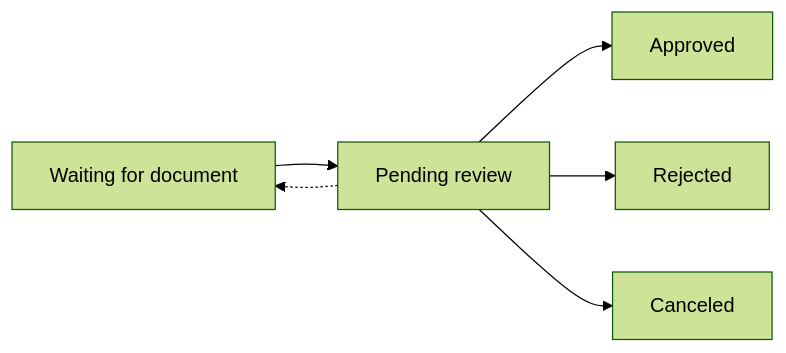
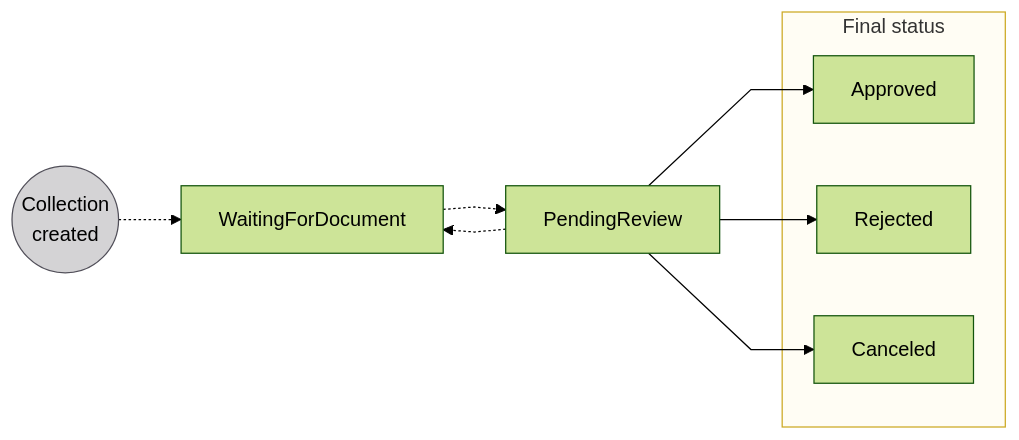
Before and after one commit to swan-io/docs: the first of 2 diagrams in docs/topics/onboarding/documents/about.mdx, drawn with Mermaid (forest theme). The commit also changed other lines of this file and 4 other files, not shown here.

````diff
--- a/docs/topics/onboarding/documents/about.mdx
+++ b/docs/topics/onboarding/documents/about.mdx
@@ -42,8 +42,17 @@
 ```mermaid
+%%{ init: { 'flowchart': { 'curve': 'linear' } } }%%
 flowchart LR
-    A[Waiting for document] --> B[Pending review]
-    B -.-> A
-    B --> C[Approved]
-    B --> D[Rejected]
-    B --> E[Canceled]
+    CO((Collection<br/>created)) -.-> W[WaitingForDocument]
+    W -.-> PR[PendingReview]
+    PR -.-> W
+    PR --> A[Approved]
+    PR --> RJ[Rejected]
+    PR --> C[Canceled]
+    subgraph F[Final status]
+        A
+        RJ
+        C
+    end
+    style CO fill:#D4D3D5,stroke:#514F59
+    style F fill:#fffdf4,stroke:#cca922
 ```
````
